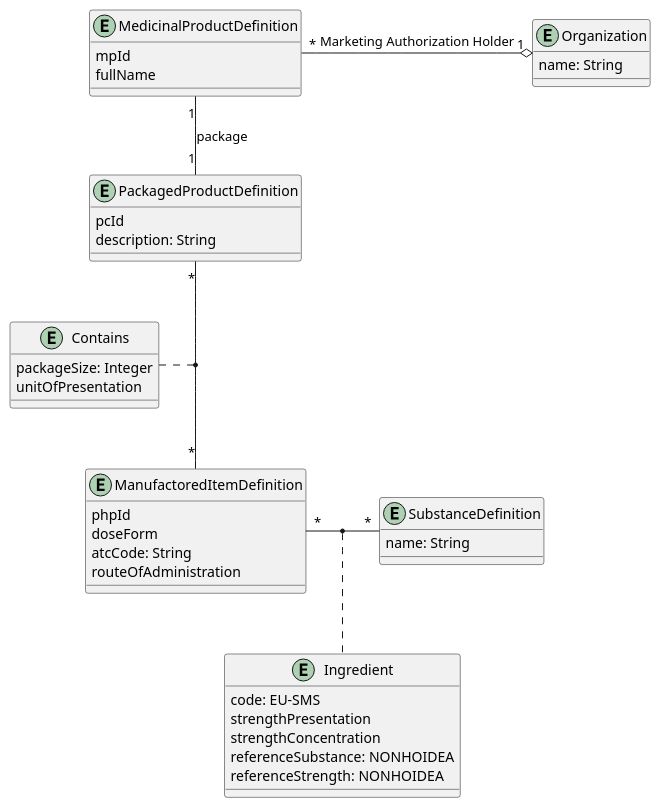
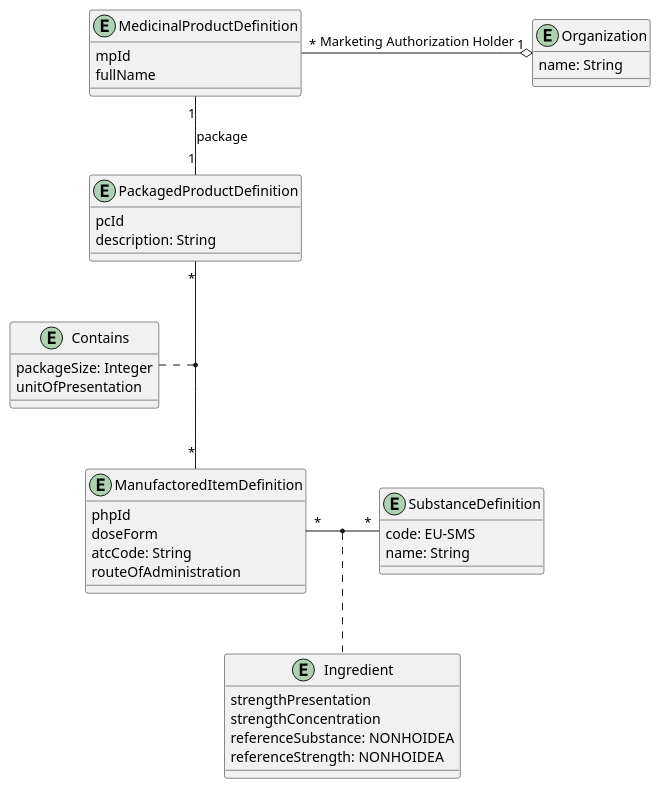
Before and after one commit to unicom-project-eu/wp6-db-api: the diagram in uml/class/fhirDataModel-full.puml, drawn with PlantUML. The commit also changed other lines of this file and 3 other files, not shown here.

```diff
--- a/uml/class/fhirDataModel-full.puml
+++ b/uml/class/fhirDataModel-full.puml
@@ -1,50 +1,50 @@
 @startuml
 
 entity MedicinalProductDefinition {
     mpId
     fullName
 }
 
 entity Organization {
     name: String
 }
 
 entity PackagedProductDefinition {
     pcId
     description: String
 }
 
 entity Contains {
     packageSize: Integer
     unitOfPresentation
 }
 
 entity ManufactoredItemDefinition {
     phpId
     doseForm
     atcCode: String
     routeOfAdministration
 }
 
 entity Ingredient {
-    code: EU-SMS
     strengthPresentation
     strengthConcentration
     referenceSubstance: NONHOIDEA
     referenceStrength: NONHOIDEA
 }
 
 entity SubstanceDefinition {
+    code: EU-SMS
     name: String
 }
 
 MedicinalProductDefinition "1" -- "1" PackagedProductDefinition : package
 MedicinalProductDefinition "*" -o "1" Organization : "Marketing Authorization Holder"
 
 PackagedProductDefinition "*" -- "*" ManufactoredItemDefinition
 Contains . (PackagedProductDefinition, ManufactoredItemDefinition)
 
 ManufactoredItemDefinition "*" - "*" SubstanceDefinition
 (ManufactoredItemDefinition, SubstanceDefinition) .. Ingredient
 
 @enduml
```
